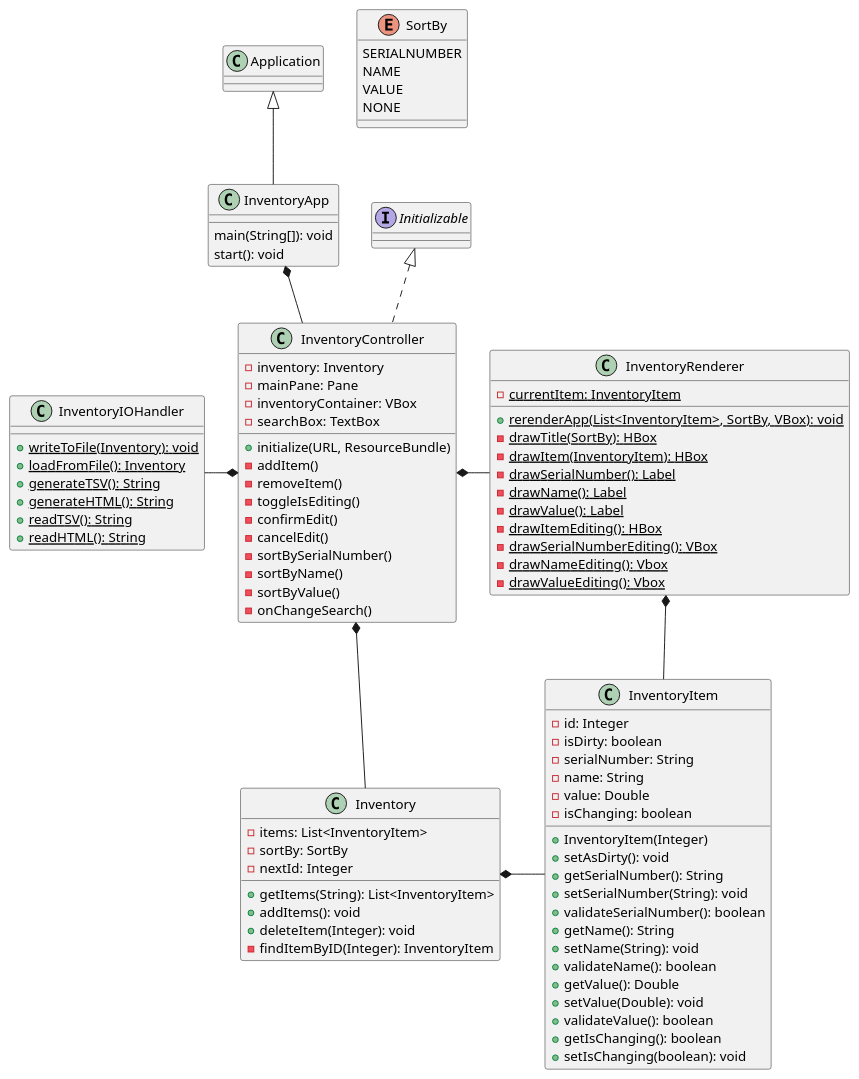
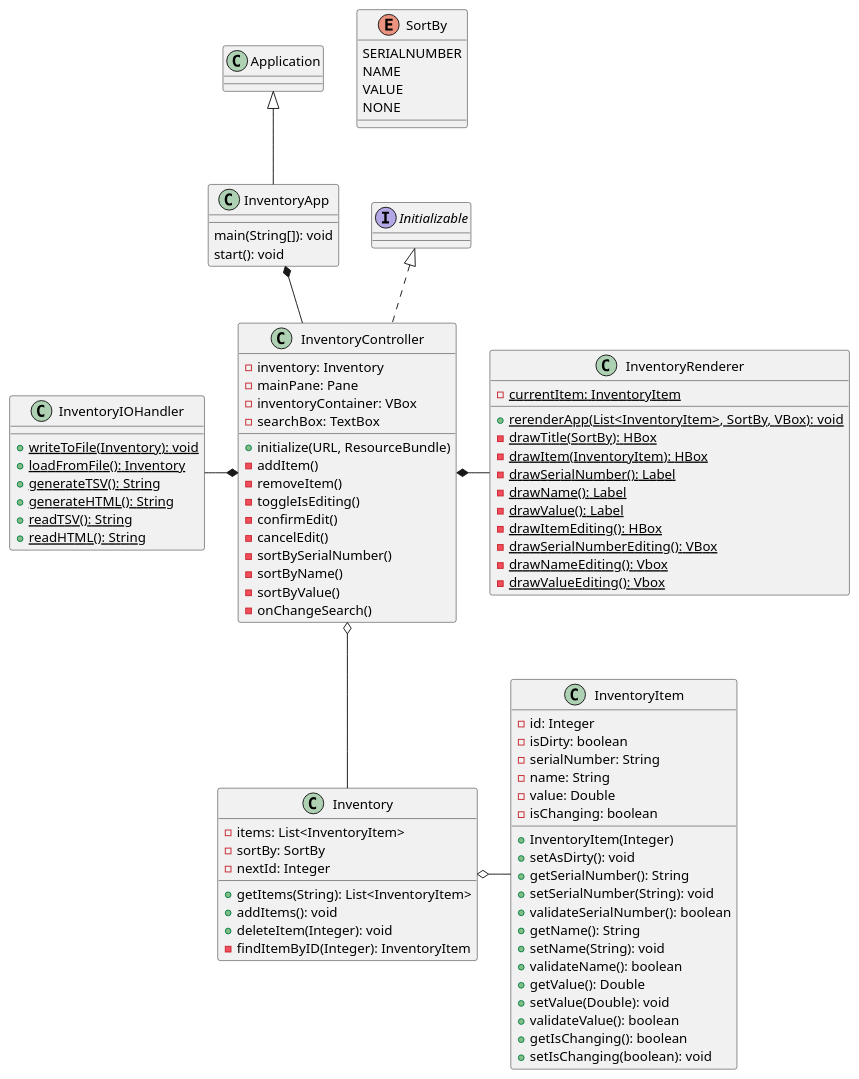
One commit to Isaachristian/liljeros-8266-a5 changed the diagram in uml/Assignment5.puml. Above: the diagram before and after it, drawn with PlantUML. The commit also changed 10 other files, not shown here.

```diff
--- a/uml/Assignment5.puml
+++ b/uml/Assignment5.puml
@@ -1,98 +1,97 @@
 @startuml
 'https://plantuml.com/class-diagram
 
 
 class InventoryApp extends Application {
     main(String[]): void
     start(): void
 }
 
 class InventoryController implements Initializable {
     -inventory: Inventory
     -mainPane: Pane
     -inventoryContainer: VBox
     -searchBox: TextBox
     +initialize(URL, ResourceBundle)
     -addItem()
     -removeItem()
     -toggleIsEditing()
     -confirmEdit()
     -cancelEdit()
     -sortBySerialNumber()
     -sortByName()
     -sortByValue()
     -onChangeSearch()
 }
 
 class InventoryRenderer {
     - {static} currentItem: InventoryItem
     + {static} rerenderApp(List<InventoryItem>, SortBy, VBox): void
     - {static} drawTitle(SortBy): HBox
     - {static} drawItem(InventoryItem): HBox
     - {static} drawSerialNumber(): Label
     - {static} drawName(): Label
     - {static} drawValue(): Label
     - {static} drawItemEditing(): HBox
     - {static} drawSerialNumberEditing(): VBox
     - {static} drawNameEditing(): Vbox
     - {static} drawValueEditing(): Vbox
 }
 
 class InventoryIOHandler {
     + {static} writeToFile(Inventory): void
     + {static} loadFromFile(): Inventory
     + {static} generateTSV(): String
     + {static} generateHTML(): String
     + {static} readTSV(): String
     + {static} readHTML(): String
 }
 
 class Inventory {
     -items: List<InventoryItem>
     -sortBy: SortBy
     -nextId: Integer
     'Takes in a filter
     +getItems(String): List<InventoryItem>
     +addItems(): void
     +deleteItem(Integer): void
     -findItemByID(Integer): InventoryItem
 }
 
 class InventoryItem {
     -id: Integer
     'will be changed to true when a submission has been performed
     -isDirty: boolean
     -serialNumber: String
     -name: String
     -value: Double
     -isChanging: boolean
     +InventoryItem(Integer)
     +setAsDirty(): void
     +getSerialNumber(): String
     +setSerialNumber(String): void
     +validateSerialNumber(): boolean
     +getName(): String
     +setName(String): void
     +validateName(): boolean
     +getValue(): Double
     +setValue(Double): void
     +validateValue(): boolean
     +getIsChanging(): boolean
     +setIsChanging(boolean): void
 }
 
 enum SortBy {
     SERIALNUMBER
     NAME
     VALUE
     NONE
 }
 
 InventoryApp *-- InventoryController
 InventoryController *- InventoryRenderer
 InventoryIOHandler -* InventoryController
-InventoryController *-- Inventory
-Inventory *- InventoryItem
-InventoryRenderer *-- InventoryItem
+InventoryController o-- Inventory
+Inventory o- InventoryItem
 
 @enduml
```
